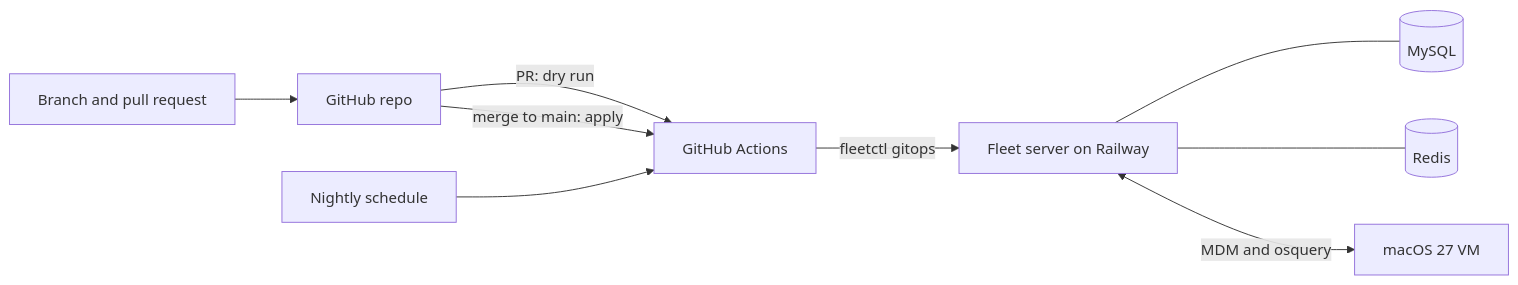
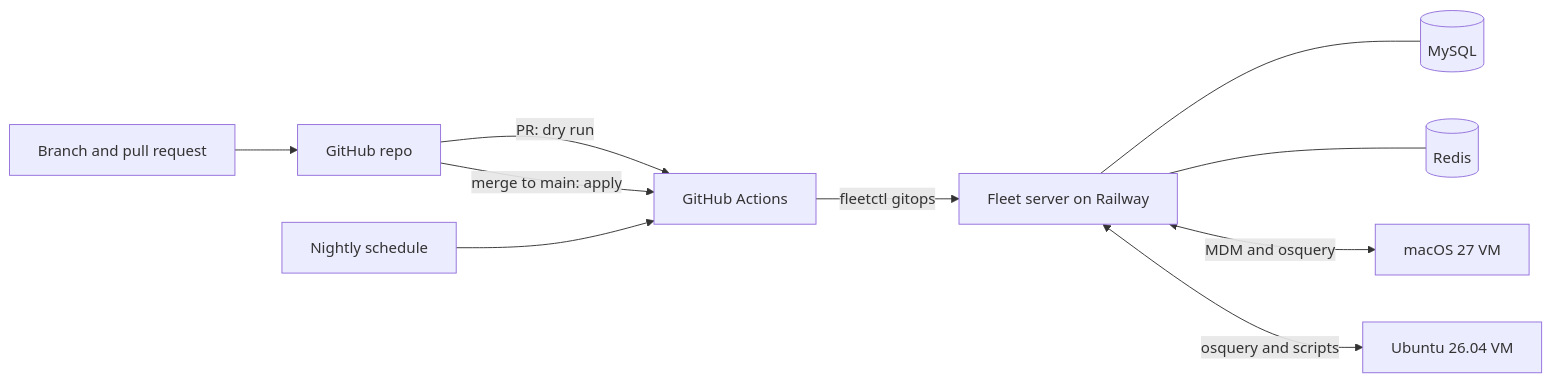
Before and after one commit to judeglenn/fleet-lab-gitops: the diagram in README.md, drawn with Mermaid. The commit also changed other lines of this file, not shown here.

First line of the commit message:
Document the Linux host and the ufw policy rollout

````diff
--- a/README.md
+++ b/README.md
@@ -9,11 +9,12 @@
 ```mermaid
 flowchart LR
     Dev[Branch and pull request] --> GH[GitHub repo]
     GH -->|PR: dry run| CI[GitHub Actions]
     GH -->|merge to main: apply| CI
     Cron[Nightly schedule] --> CI
     CI -->|fleetctl gitops| Fleet[Fleet server on Railway]
     Fleet --- MySQL[(MySQL)]
     Fleet --- Redis[(Redis)]
     Fleet <-->|MDM and osquery| Host[macOS 27 VM]
+    Fleet <-->|osquery and scripts| Linux[Ubuntu 26.04 VM]
 ```
````
